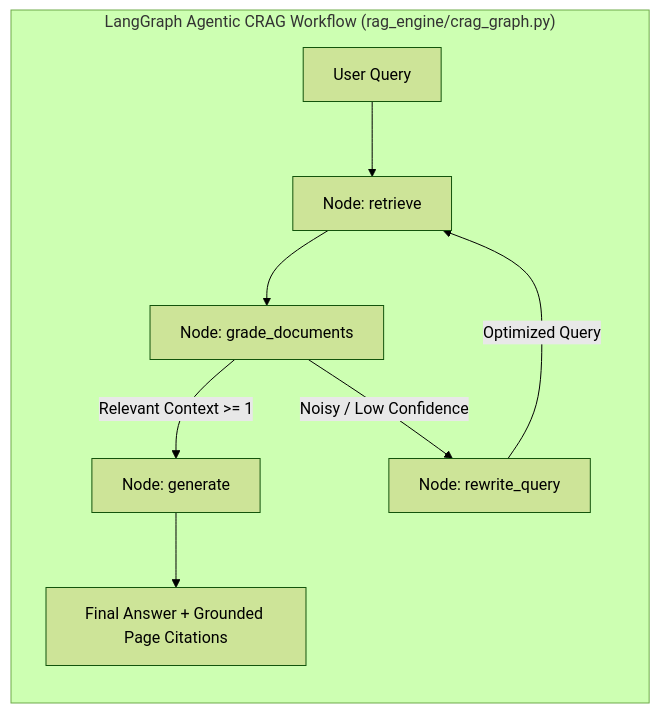
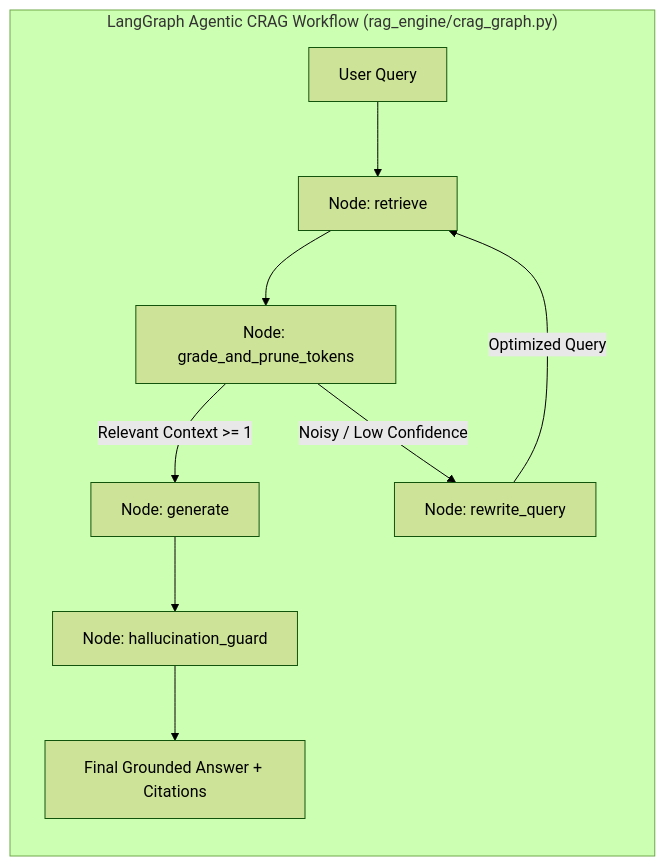
Before and after one commit to Sanil656/multimodal-doc-rag-crag: the diagram in README.md, drawn with Mermaid (forest theme). The commit also changed other lines of this file and 6 other files, not shown here.

````diff
--- a/README.md
+++ b/README.md
@@ -51,11 +57,12 @@
 ```mermaid
 graph LR
     subgraph "LangGraph Agentic CRAG Workflow (rag_engine/crag_graph.py)"
         A[User Query] --> B[Node: retrieve]
-        B --> C[Node: grade_documents]
+        B --> C[Node: grade_and_prune_tokens]
         C -->|Relevant Context >= 1| D[Node: generate]
         C -->|Noisy / Low Confidence| E[Node: rewrite_query]
         E -->|Optimized Query| B
-        D --> F[Final Answer + Grounded Page Citations]
+        D --> G[Node: hallucination_guard]
+        G --> F[Final Grounded Answer + Citations]
     end
 ```
````
